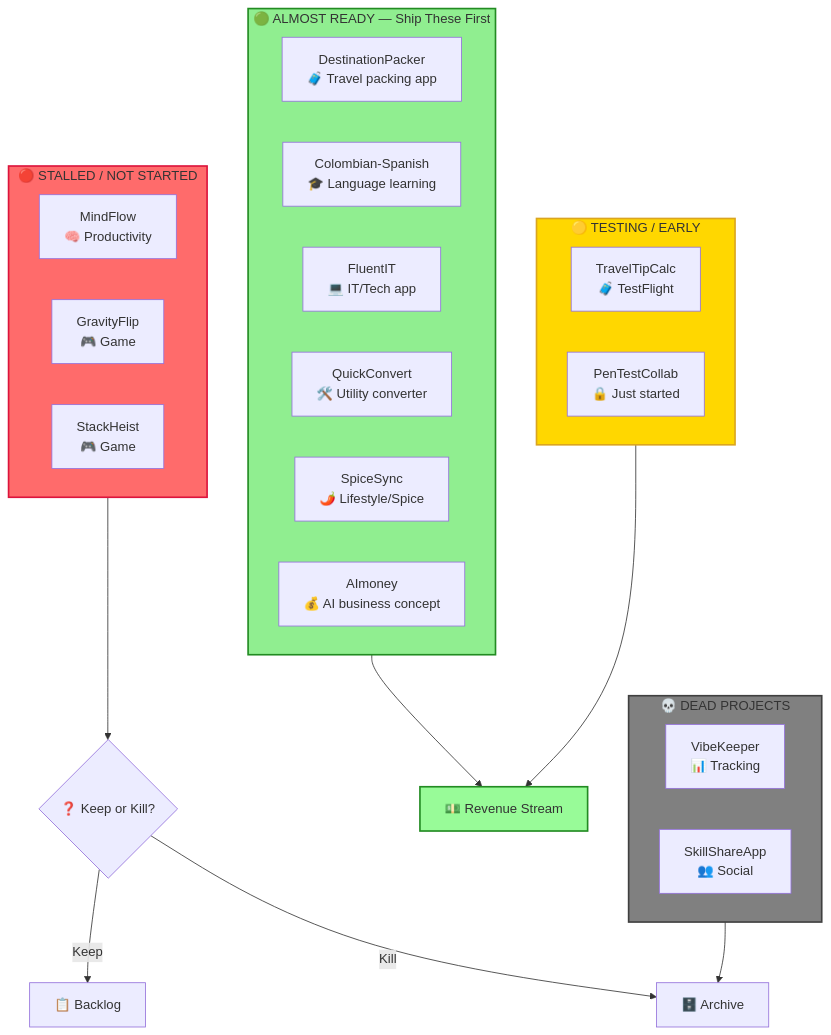
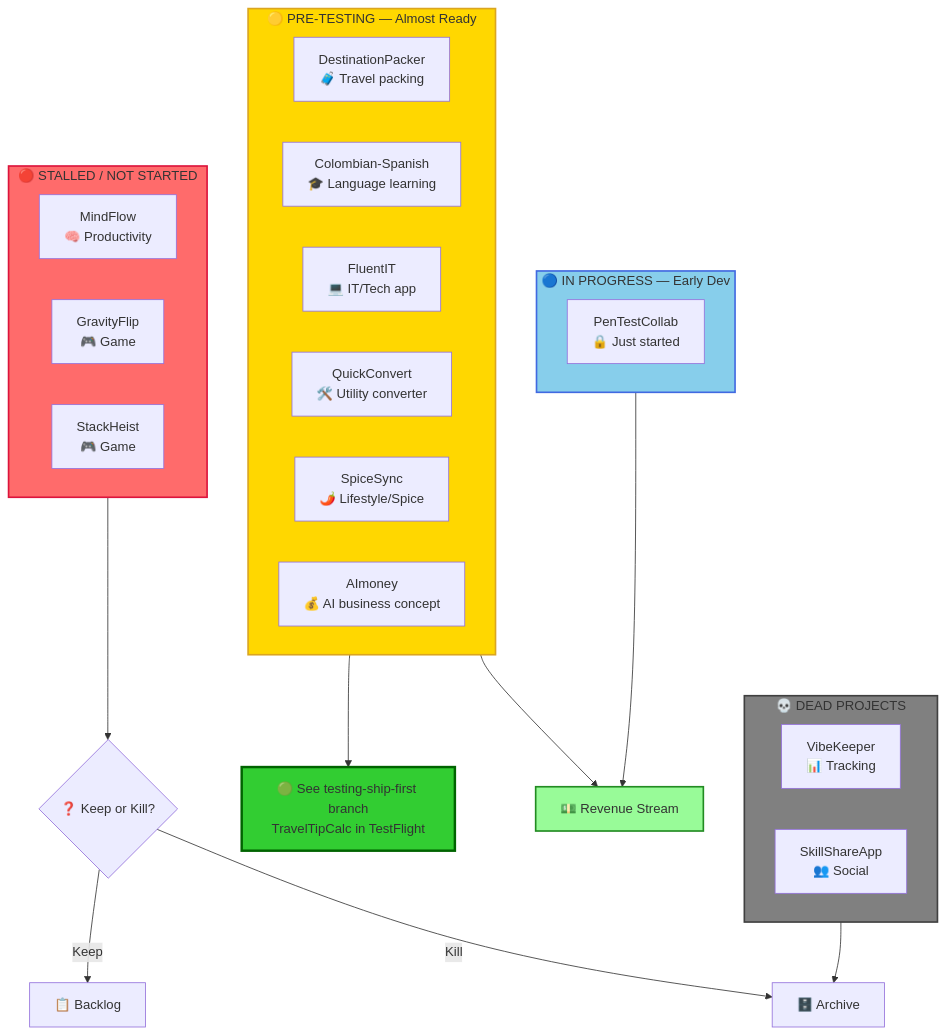
Before and after one commit to mikepitts25/VibeKeeper: the second of 5 diagrams in projects-visual-tree.md, drawn with Mermaid. The commit also changed other lines of this file and 1 other file, not shown here.

First line of the commit message:
Create pre-testing branch: Almost Ready apps before TestFlight

````diff
--- a/projects-visual-tree.md
+++ b/projects-visual-tree.md
@@ -38,40 +37,41 @@
 ```mermaid
 flowchart TD
-    subgraph ALMOST["🟢 ALMOST READY — Ship These First"]
-        DP[DestinationPacker<br/>🧳 Travel packing app]
+    subgraph ALMOST["🟡 PRE-TESTING — Almost Ready"]
+        DP[DestinationPacker<br/>🧳 Travel packing]
         CS[Colombian-Spanish<br/>🎓 Language learning]
         FI[FluentIT<br/>💻 IT/Tech app]
         QC[QuickConvert<br/>🛠️ Utility converter]
         SS[SpiceSync<br/>🌶️ Lifestyle/Spice]
         AM[AImoney<br/>💰 AI business concept]
     end
 
-    subgraph TEST["🟡 TESTING / EARLY"]
-        TTC[TravelTipCalc<br/>🧳 TestFlight]
+    subgraph PROGRESS["🔵 IN PROGRESS — Early Dev"]
         PTC[PenTestCollab<br/>🔒 Just started]
     end
 
     subgraph STALLED["🔴 STALLED / NOT STARTED"]
         MF[MindFlow<br/>🧠 Productivity]
         GF[GravityFlip<br/>🎮 Game]
         SH[StackHeist<br/>🎮 Game]
     end
 
     subgraph DEAD["💀 DEAD PROJECTS"]
         VK[VibeKeeper<br/>📊 Tracking]
         SA[SkillShareApp<br/>👥 Social]
     end
 
+    ALMOST --> TESTING["🟢 See testing-ship-first branch<br/>TravelTipCalc in TestFlight"]
     ALMOST --> REVENUE["💵 Revenue Stream"]
-    TEST --> REVENUE
+    PROGRESS --> REVENUE
     STALLED --> DECIDE{"❓ Keep or Kill?"}
     DECIDE -- Keep --> BACKLOG["📋 Backlog"]
     DECIDE -- Kill --> ARCHIVE["🗄️ Archive"]
     DEAD --> ARCHIVE
 
-    style ALMOST fill:#90EE90,stroke:#228B22,stroke-width:2px
-    style TEST fill:#FFD700,stroke:#DAA520,stroke-width:2px
+    style ALMOST fill:#FFD700,stroke:#DAA520,stroke-width:2px
+    style PROGRESS fill:#87CEEB,stroke:#4169E1,stroke-width:2px
     style STALLED fill:#FF6B6B,stroke:#DC143C,stroke-width:2px
     style DEAD fill:#808080,stroke:#404040,stroke-width:2px
+    style TESTING fill:#32CD32,stroke:#006400,stroke-width:3px
     style REVENUE fill:#98FB98,stroke:#228B22,stroke-width:2px
 ```
````
